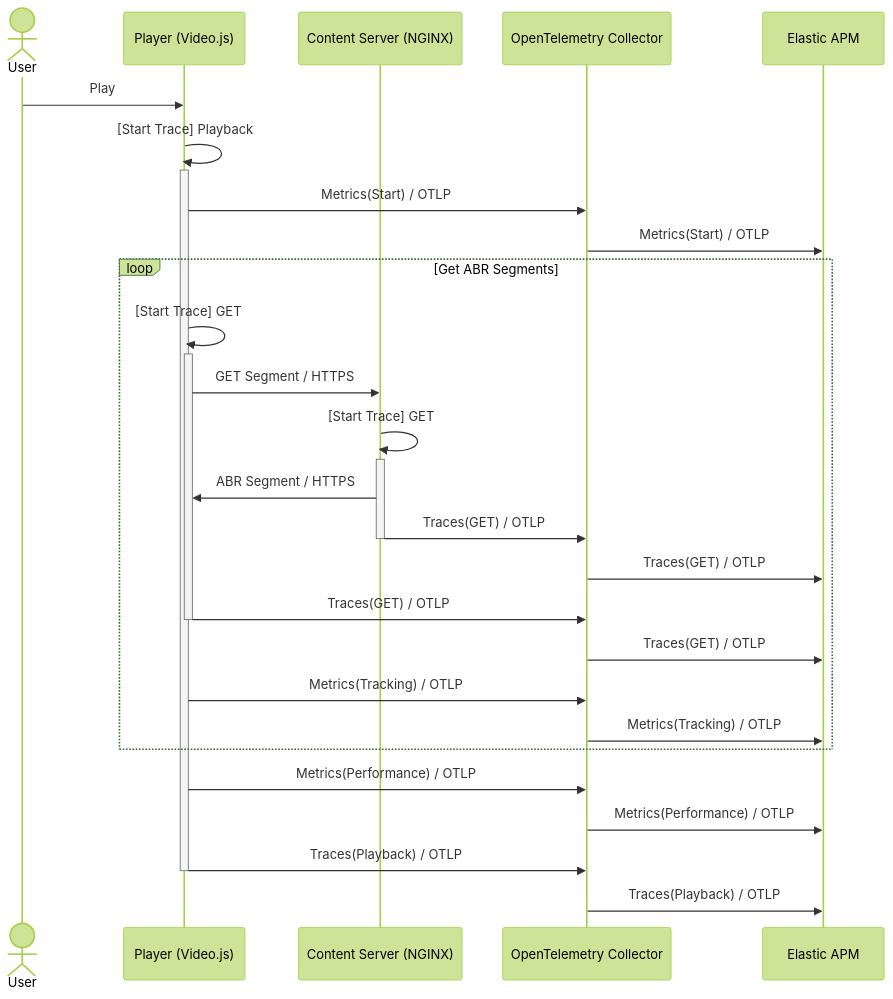
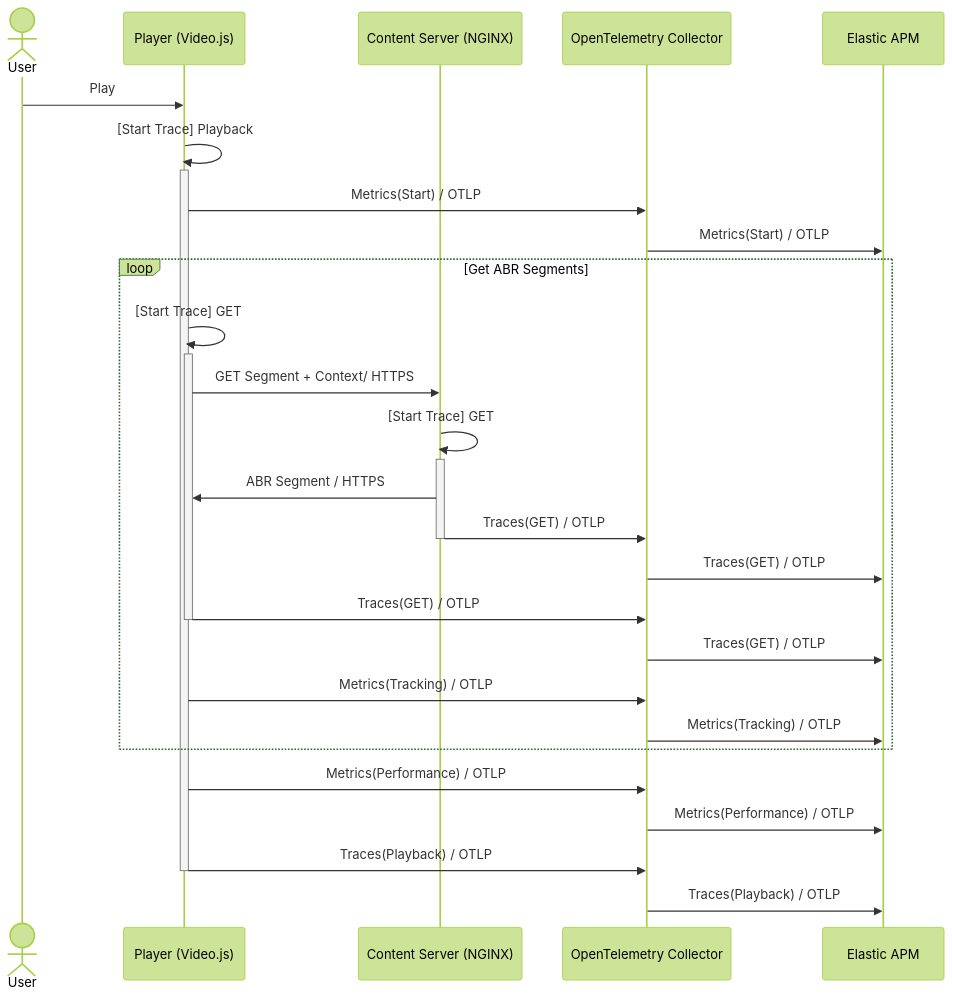
One commit to ty-elastic/videojs_observability changed the third of 3 diagrams in README.md. Above: the diagram before and after it, drawn with Mermaid (forest theme). The commit also changed other lines of this file, not shown here.

````diff
--- a/README.md
+++ b/README.md
@@ -152,34 +153,34 @@
 ```mermaid
 sequenceDiagram
     actor U as User
     participant P as Player (Video.js)
     participant S as Content Server (NGINX)
     participant C as OpenTelemetry Collector
     participant A as Elastic APM
     U->>P: Play
     P->>P: [Start Trace] Playback
     activate P
     P->>C: Metrics(Start) / OTLP
     C->>A: Metrics(Start) / OTLP
     loop Get ABR Segments
     P->>P: [Start Trace] GET
     activate P
-    P->>S: GET Segment / HTTPS
+    P->>S: GET Segment + Context/ HTTPS
     S->>S: [Start Trace] GET
     activate S
     S->>P: ABR Segment / HTTPS
     S->>C: Traces(GET) / OTLP
     deactivate S
     C->>A: Traces(GET) / OTLP
     P->>C: Traces(GET) / OTLP
     deactivate P
     C->>A: Traces(GET) / OTLP
     P->>C: Metrics(Tracking) / OTLP
     C->>A: Metrics(Tracking) / OTLP
     end
     P->>C: Metrics(Performance) / OTLP
     C->>A: Metrics(Performance) / OTLP
     P->>C: Traces(Playback) / OTLP
     deactivate P
     C->>A: Traces(Playback) / OTLP
 ```
````
